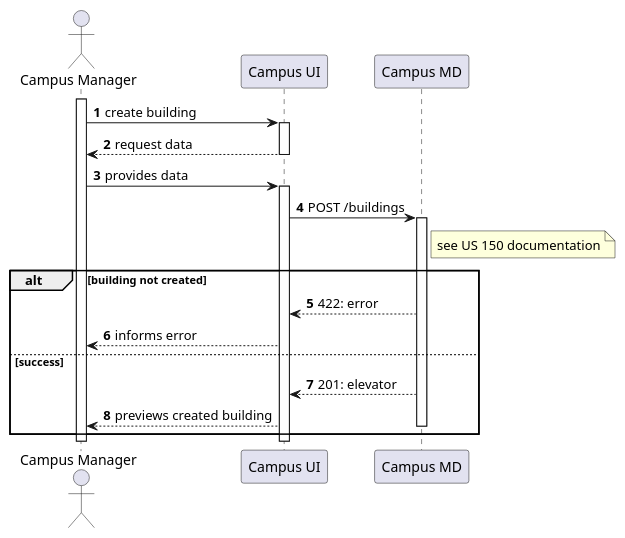
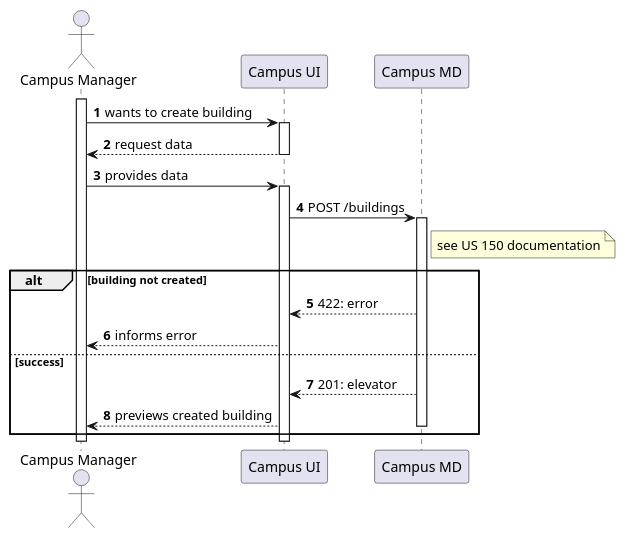
Before and after one commit to Departamento-de-Engenharia-Informatica/lapr5-23-24-g19: the diagram in docs/us1050/level2/process-view.puml, drawn with PlantUML. The commit also changed 11 other files, not shown here.

```diff
--- a/docs/us1050/level2/process-view.puml
+++ b/docs/us1050/level2/process-view.puml
@@ -1,36 +1,36 @@
 @startuml
 autonumber
 
 actor "Campus Manager" as usr
 
 participant "Campus UI" as ui
 
 'TODO: call it just 'MD'?
 participant "Campus MD" as md
 
 activate usr
-    usr -> ui : create building
+    usr -> ui : wants to create building
     activate ui
         ui --> usr : request data
     deactivate ui
 
     usr -> ui : provides data
     activate ui
         ui -> md : POST /buildings
         activate md
             note right of md : see US 150 documentation
 
             alt building not created
                 md --> ui : 422: error
                 ui --> usr : informs error
             else success
                 md --> ui : 201: elevator
                 ui --> usr : previews created building
 
         deactivate md
 
         end
     deactivate ui
 deactivate usr
 
 @enduml
```
